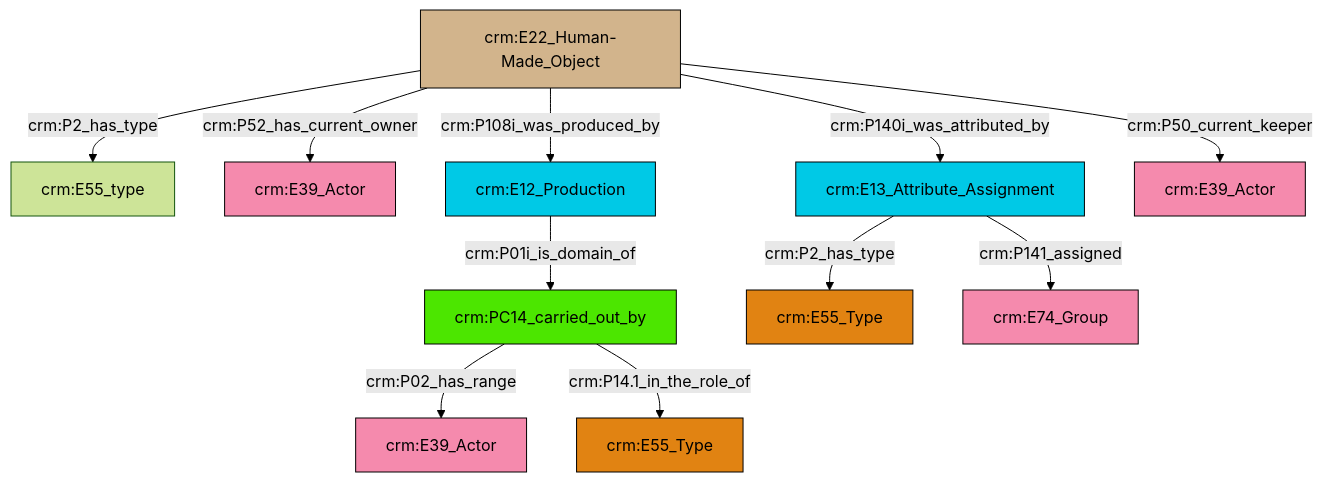
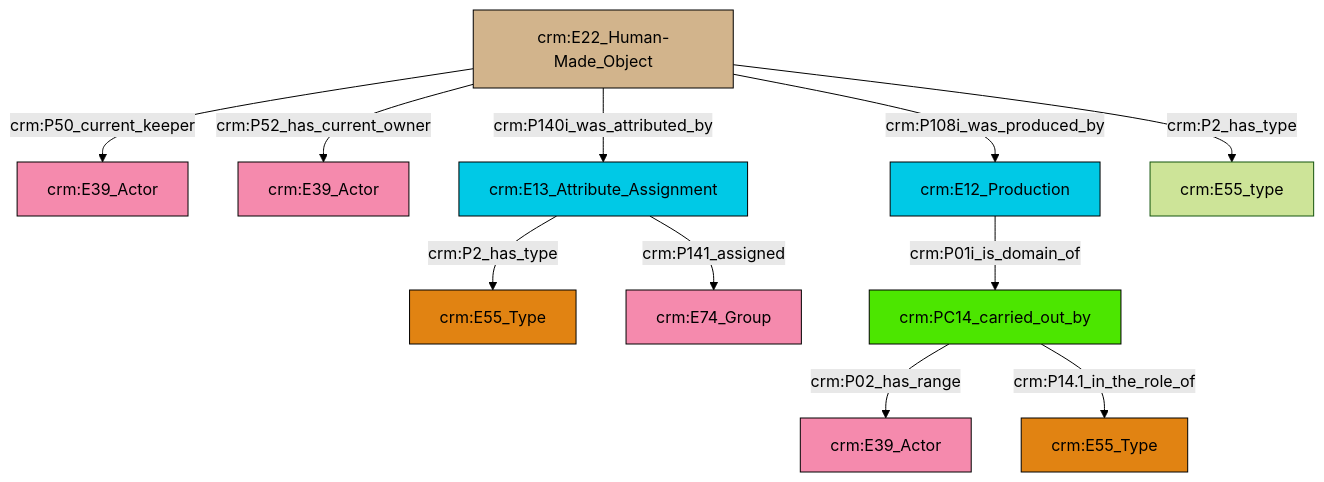
The diagram in et/artworkCSV/ttl/mmd/Artwork_Actor_Relations.ttl.mmd (swiss-art-research-net/reference-data-models), drawn with Mermaid (forest theme) before and after one commit. The commit also changed 128 other files, not shown here.

```diff
--- a/et/artworkCSV/ttl/mmd/Artwork_Actor_Relations.ttl.mmd
+++ b/et/artworkCSV/ttl/mmd/Artwork_Actor_Relations.ttl.mmd
@@ -1,25 +1,25 @@
 graph TD
 classDef Literal fill:#f2f2f2,stroke:#000000;
 classDef CRM_Entity fill:#FFFFFF,stroke:#000000;
 classDef Temporal_Entity fill:#00C9E6, stroke:#000000;
 classDef Type fill:#E18312, stroke:#000000;
 classDef Time-Span fill:#2C9C91, stroke:#000000;
 classDef Appellation fill:#FFEB7F, stroke:#000000;
 classDef Place fill:#008836, stroke:#000000;
 classDef Persistent_Item fill:#B266B2, stroke:#000000;
 classDef Conceptual_Object fill:#FFD700, stroke:#000000;
 classDef Physical_Thing fill:#D2B48C, stroke:#000000;
 classDef Actor fill:#f58aad, stroke:#000000;
 classDef PC_Classes fill:#4ce600, stroke:#000000;
 classDef Multi fill:#cccccc,stroke:#000000;
 
-4["crm:PC14_carried_out_by"]:::PC_Classes -->|crm:P02_has_range| 0["crm:E39_Actor"]:::Actor
-7["crm:E22_Human-Made_Object"]:::Physical_Thing -->|crm:P2_has_type| 9["crm:E55_type"]:::Default
-11["crm:E13_Attribute_Assignment"]:::Temporal_Entity -->|crm:P2_has_type| 2["crm:E55_Type"]:::Type
-12["crm:E12_Production"]:::Temporal_Entity -->|crm:P01i_is_domain_of| 4["crm:PC14_carried_out_by"]:::PC_Classes
-7["crm:E22_Human-Made_Object"]:::Physical_Thing -->|crm:P52_has_current_owner| 5["crm:E39_Actor"]:::Actor
-11["crm:E13_Attribute_Assignment"]:::Temporal_Entity -->|crm:P141_assigned| 18["crm:E74_Group"]:::Actor
-4["crm:PC14_carried_out_by"]:::PC_Classes -->|crm:P14.1_in_the_role_of| 13["crm:E55_Type"]:::Type
-7["crm:E22_Human-Made_Object"]:::Physical_Thing -->|crm:P108i_was_produced_by| 12["crm:E12_Production"]:::Temporal_Entity
-7["crm:E22_Human-Made_Object"]:::Physical_Thing -->|crm:P140i_was_attributed_by| 11["crm:E13_Attribute_Assignment"]:::Temporal_Entity
-7["crm:E22_Human-Made_Object"]:::Physical_Thing -->|crm:P50_current_keeper| 15["crm:E39_Actor"]:::Actor
+11["crm:PC14_carried_out_by"]:::PC_Classes -->|crm:P02_has_range| 12["crm:E39_Actor"]:::Actor
+15["crm:E13_Attribute_Assignment"]:::Temporal_Entity -->|crm:P141_assigned| 7["crm:E74_Group"]:::Actor
+17["crm:E12_Production"]:::Temporal_Entity -->|crm:P01i_is_domain_of| 11["crm:PC14_carried_out_by"]:::PC_Classes
+13["crm:E22_Human-Made_Object"]:::Physical_Thing -->|crm:P108i_was_produced_by| 17["crm:E12_Production"]:::Temporal_Entity
+11["crm:PC14_carried_out_by"]:::PC_Classes -->|crm:P14.1_in_the_role_of| 3["crm:E55_Type"]:::Type
+13["crm:E22_Human-Made_Object"]:::Physical_Thing -->|crm:P50_current_keeper| 5["crm:E39_Actor"]:::Actor
+15["crm:E13_Attribute_Assignment"]:::Temporal_Entity -->|crm:P2_has_type| 0["crm:E55_Type"]:::Type
+13["crm:E22_Human-Made_Object"]:::Physical_Thing -->|crm:P52_has_current_owner| 9["crm:E39_Actor"]:::Actor
+13["crm:E22_Human-Made_Object"]:::Physical_Thing -->|crm:P2_has_type| 18["crm:E55_type"]:::Default
+13["crm:E22_Human-Made_Object"]:::Physical_Thing -->|crm:P140i_was_attributed_by| 15["crm:E13_Attribute_Assignment"]:::Temporal_Entity
```
